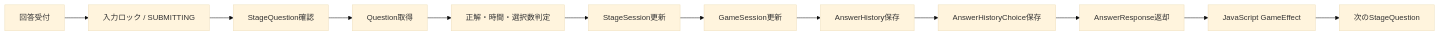
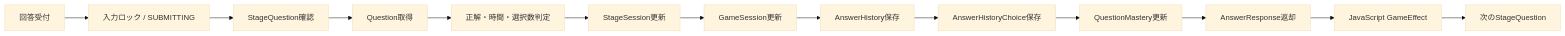
Diagram 26 of 29 in README.md (suu-dev-0203/graduation_JAVAgame), drawn with Mermaid (base theme) before and after one commit. The commit also changed other lines of this file and 25 other files, not shown here.

````diff
--- a/README.md
+++ b/README.md
@@ -2407,14 +2459,15 @@
 ```mermaid
 flowchart LR
     A[回答受付] --> B[入力ロック / SUBMITTING]
     B --> C[StageQuestion確認]
     C --> D[Question取得]
     D --> E[正解・時間・選択数判定]
     E --> F[StageSession更新]
     F --> G[GameSession更新]
     G --> H[AnswerHistory保存]
     H --> I[AnswerHistoryChoice保存]
-    I --> J[AnswerResponse返却]
-    J --> K[JavaScript GameEffect]
-    K --> L[次のStageQuestion]
+    I --> J[QuestionMastery更新]
+    J --> K[AnswerResponse返却]
+    K --> L[JavaScript GameEffect]
+    L --> M[次のStageQuestion]
 ```
````
